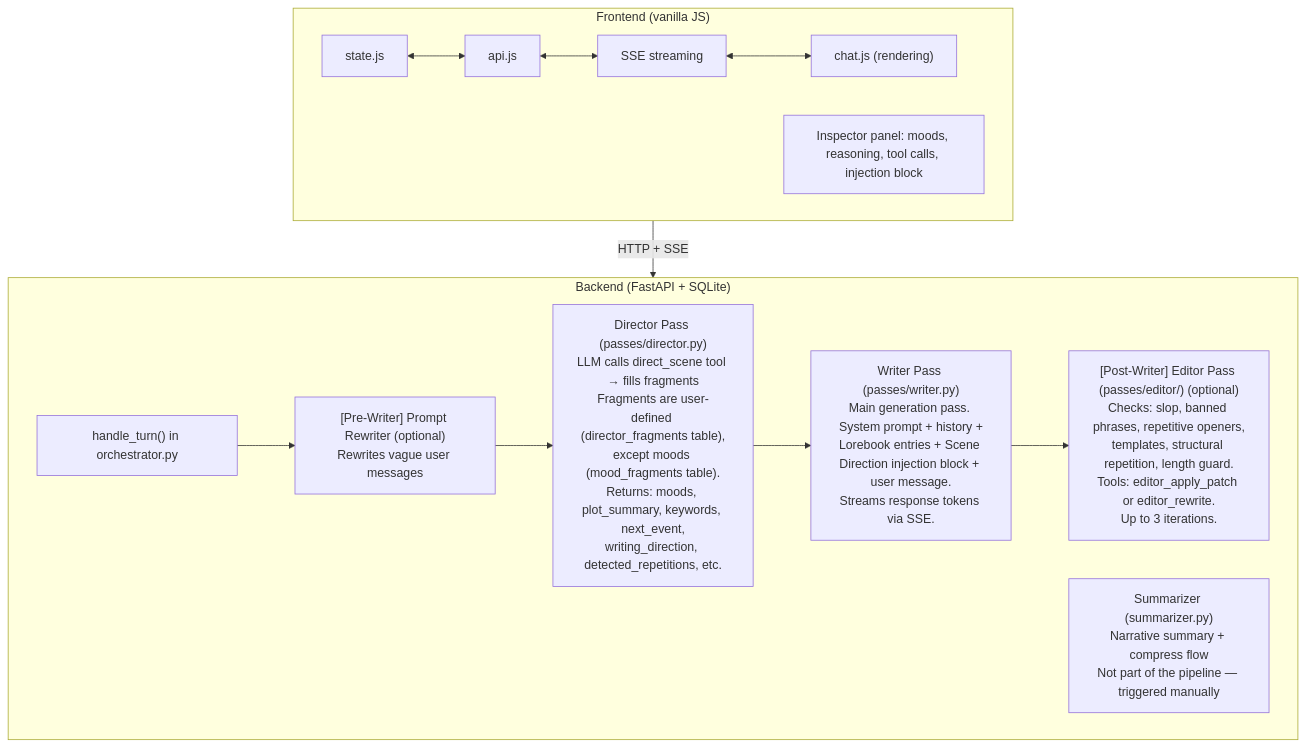
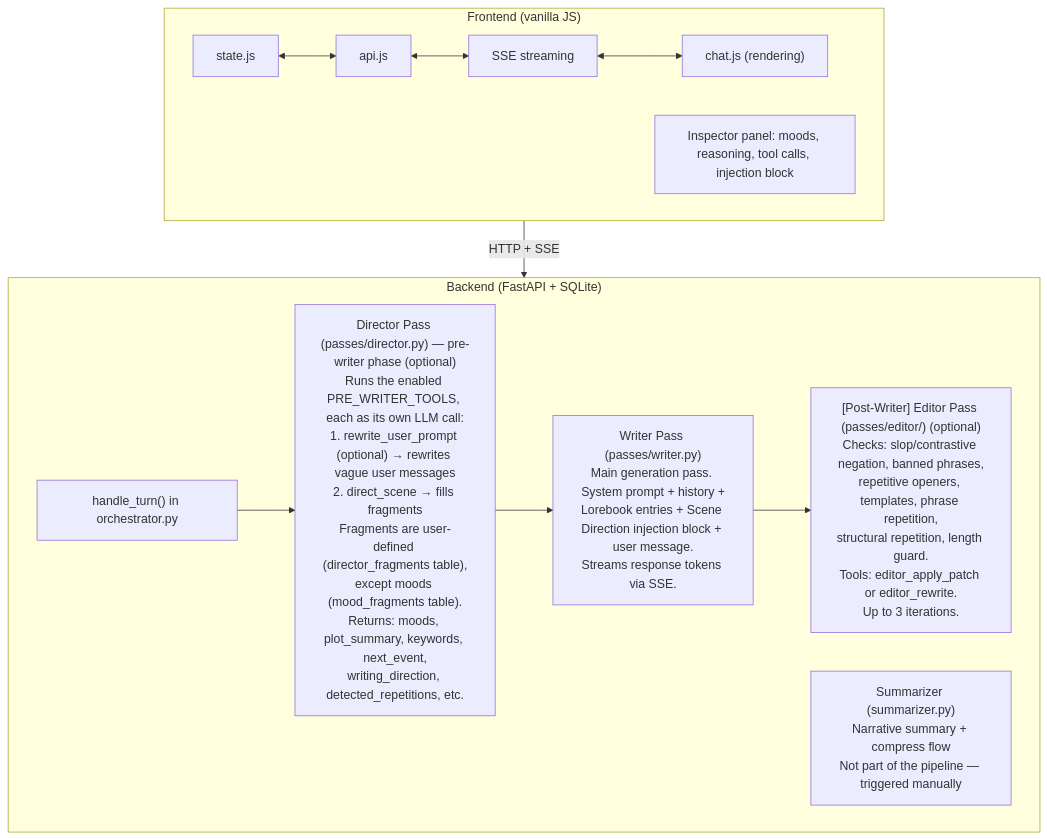
One commit to OrbFrontend/Orb changed the first of 4 diagrams in AGENTS.md. Above: the diagram before and after it, drawn with Mermaid. The commit also changed other lines of this file, not shown here.

````diff
--- a/AGENTS.md
+++ b/AGENTS.md
@@ -17,23 +17,22 @@
 ```mermaid
 graph TD
     subgraph Frontend ["Frontend (vanilla JS)"]
         state["state.js"] <--> api["api.js"]
         api <--> sse["SSE streaming"]
         sse <--> chat["chat.js (rendering)"]
         inspector["Inspector panel: moods, reasoning, tool calls, injection block"]
     end
 
     subgraph Backend ["Backend (FastAPI + SQLite)"]
         orch["handle_turn() in orchestrator.py"]
 
-        pre["[Pre-Writer] Prompt Rewriter (optional)<br/>Rewrites vague user messages"]
-        dir["Director Pass (passes/director.py)<br/>LLM calls direct_scene tool → fills fragments<br/>Fragments are user-defined (director_fragments table),<br/>except moods (mood_fragments table).<br/>Returns: moods, plot_summary, keywords, next_event,<br/>writing_direction, detected_repetitions, etc."]
+        dir["Director Pass (passes/director.py) — pre-writer phase (optional)<br/>Runs the enabled PRE_WRITER_TOOLS, each as its own LLM call:<br/>1. rewrite_user_prompt (optional) → rewrites vague user messages<br/>2. direct_scene → fills fragments<br/>Fragments are user-defined (director_fragments table),<br/>except moods (mood_fragments table).<br/>Returns: moods, plot_summary, keywords, next_event,<br/>writing_direction, detected_repetitions, etc."]
         writer["Writer Pass (passes/writer.py)<br/>Main generation pass. System prompt + history +<br/>Lorebook entries + Scene Direction injection block + user message.<br/>Streams response tokens via SSE."]
-        editor["[Post-Writer] Editor Pass (passes/editor/) (optional)<br/>Checks: slop, banned phrases, repetitive openers,<br/>templates, structural repetition, length guard.<br/>Tools: editor_apply_patch or editor_rewrite.<br/>Up to 3 iterations."]
+        editor["[Post-Writer] Editor Pass (passes/editor/) (optional)<br/>Checks: slop/contrastive negation, banned phrases,<br/>repetitive openers, templates, phrase repetition,<br/>structural repetition, length guard.<br/>Tools: editor_apply_patch or editor_rewrite.<br/>Up to 3 iterations."]
         summarizer["Summarizer (summarizer.py)<br/>Narrative summary + compress flow<br/>Not part of the pipeline — triggered manually"]
 
-        orch --> pre --> dir --> writer --> editor
+        orch --> dir --> writer --> editor
     end
 
     Frontend -- "HTTP + SSE" --> Backend
 ```
````
